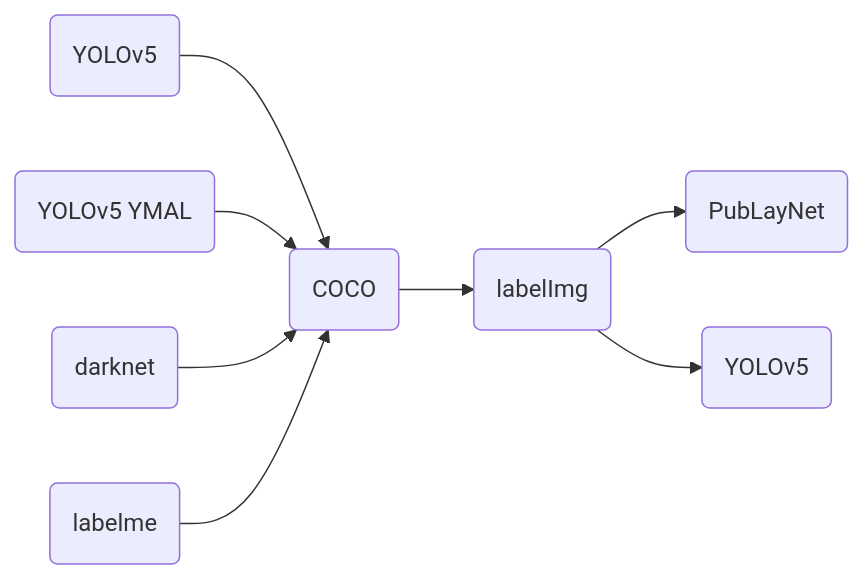
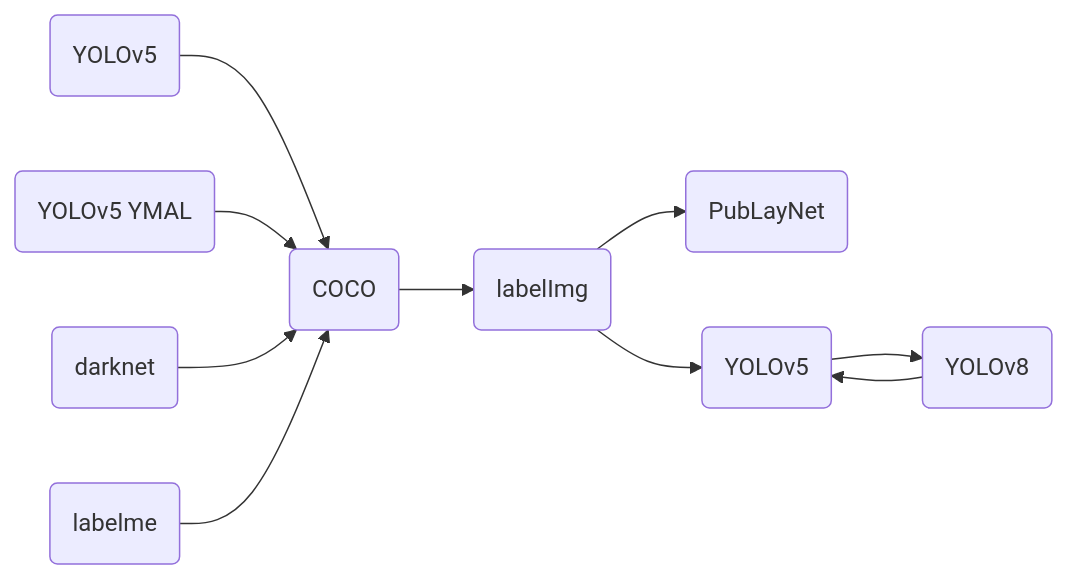
Before and after one commit to RapidAI/LabelConvert: the diagram in README.md, drawn with Mermaid. The commit also changed other lines of this file and 2 other files, not shown here.

Commit message:
Add unit testing about yolov8

````diff
--- a/README.md
+++ b/README.md
@@ -26,12 +26,15 @@
 ```mermaid
 flowchart LR
 
 A(YOLOv5) --> B(COCO)
 C(YOLOv5 YMAL) --> B
 D(darknet) --> B
 E(labelme) --> B
 
 B --> F(labelImg)
 F --> G(PubLayNet)
 F --> J(YOLOv5)
+
+J --> H(YOLOv8)
+H --> J
 ```
````
